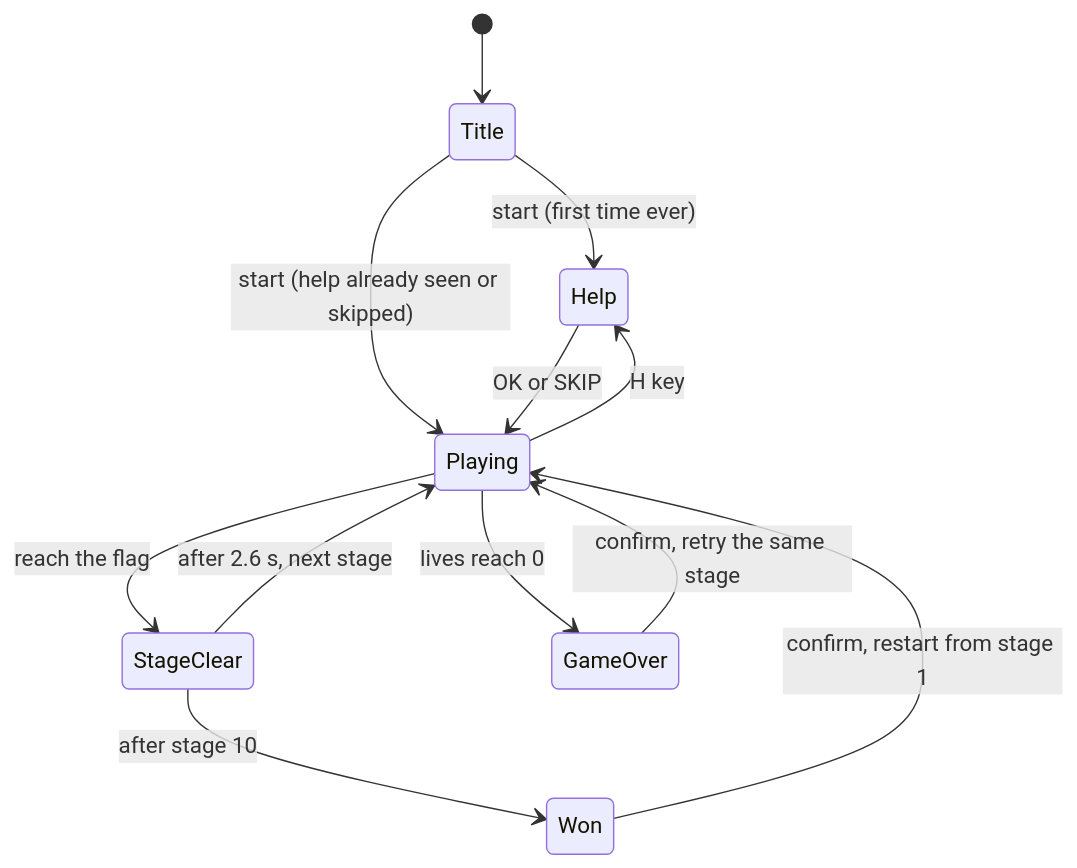
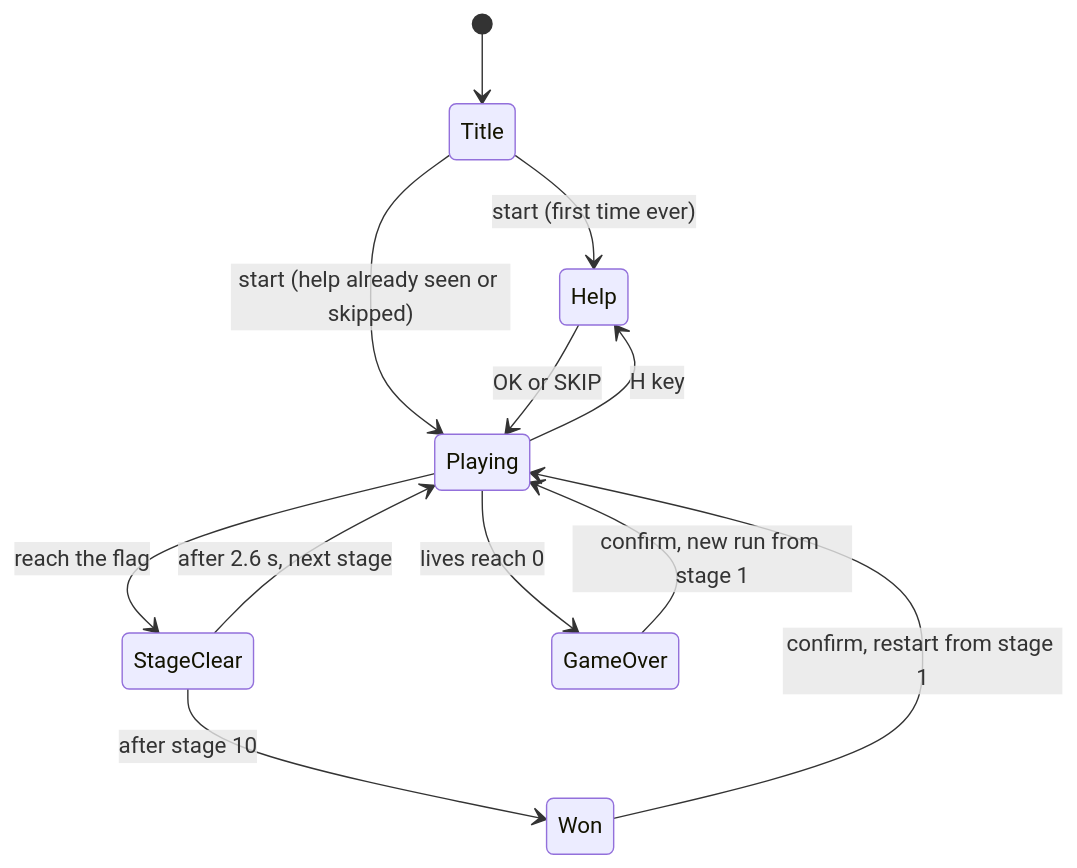
The third of 4 diagrams in docs/ARCHITECTURE.md (TheProtagonist07/pixel-hopper), drawn with Mermaid before and after one commit. The commit also changed other lines of this file and 23 other files, not shown here.

````diff
--- a/docs/ARCHITECTURE.md
+++ b/docs/ARCHITECTURE.md
@@ -81,14 +81,14 @@
 ```mermaid
 stateDiagram-v2
     [*] --> Title
     Title --> Help: start (first time ever)
     Title --> Playing: start (help already seen or skipped)
     Help --> Playing: OK or SKIP
     Playing --> Help: H key
     Playing --> StageClear: reach the flag
     Playing --> GameOver: lives reach 0
     StageClear --> Playing: after 2.6 s, next stage
     StageClear --> Won: after stage 10
-    GameOver --> Playing: confirm, retry the same stage
+    GameOver --> Playing: confirm, new run from stage 1
     Won --> Playing: confirm, restart from stage 1
 ```
````
